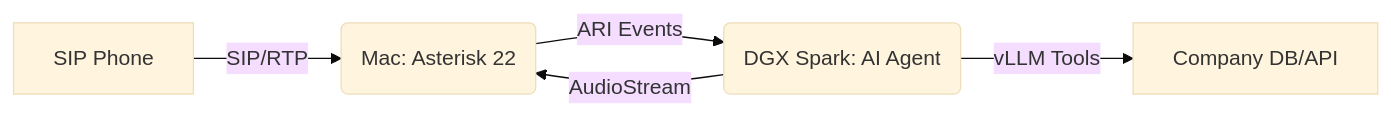
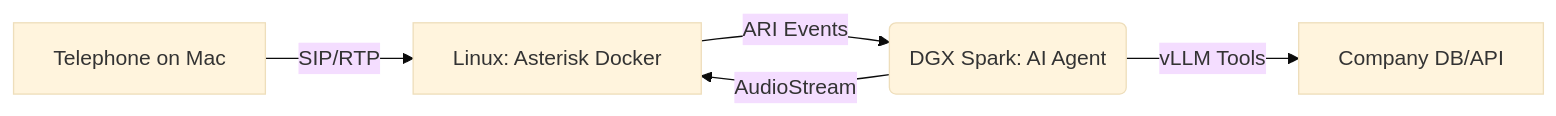
The diagram in README.md (galleon/telephony), drawn with Mermaid (base theme) before and after one commit. The commit also changed other lines of this file and 18 other files, not shown here.

First line of the commit message:
docs: Linux Docker Asterisk + Telephone on Mac; remove native Mac artifacts

````diff
--- a/README.md
+++ b/README.md
@@ -12,7 +13,7 @@
 ```mermaid
 graph LR
-    A[SIP Phone] -->|SIP/RTP| B(Mac: Asterisk 22)
-    B -->|ARI Events| C(DGX Spark: AI Agent)
+    T[Telephone on Mac] -->|SIP/RTP| L[Linux: Asterisk Docker]
+    L -->|ARI Events| C(DGX Spark: AI Agent)
     C -->|vLLM Tools| D[Company DB/API]
-    C -->|AudioStream| B
+    C -->|AudioStream| L
 ```
````
